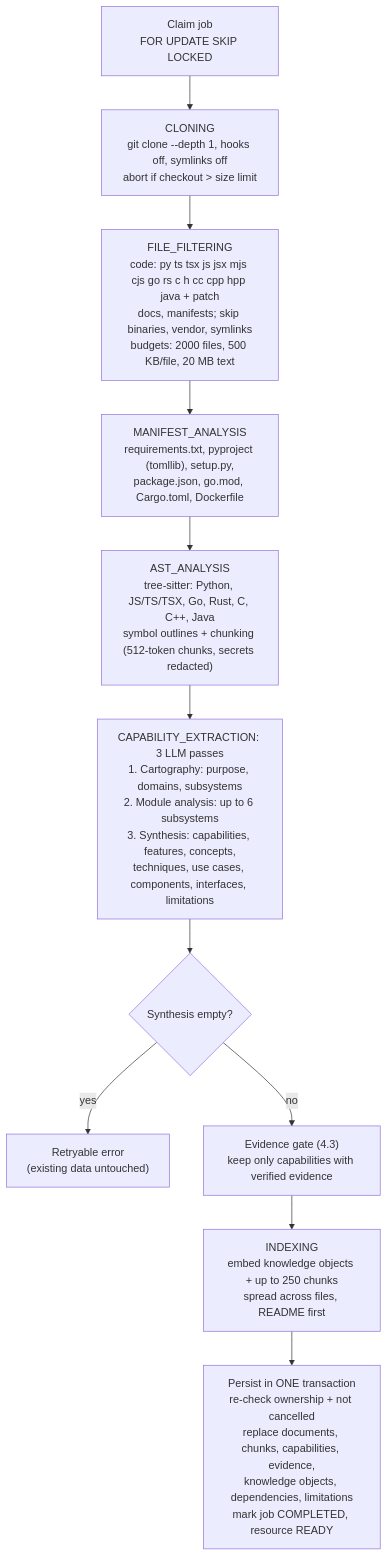
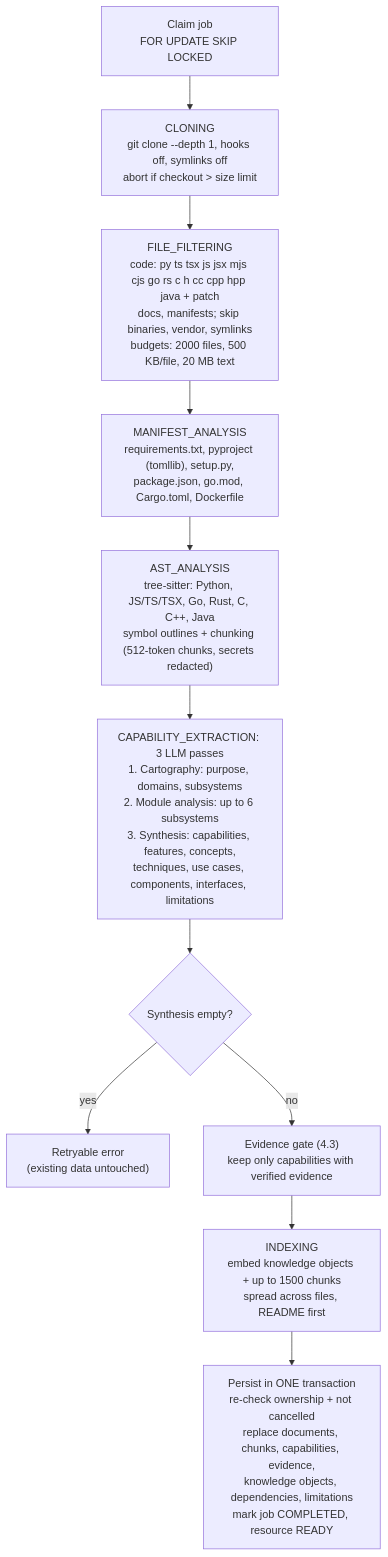
One commit to priteshvirat24/repo-intelligence changed the fifth of 9 diagrams in docs/ARCHITECTURE.md. Above: the diagram before and after it, drawn with Mermaid. The commit also changed other lines of this file and 3 other files, not shown here.

````diff
--- a/docs/ARCHITECTURE.md
+++ b/docs/ARCHITECTURE.md
@@ -182,13 +182,13 @@
 ```mermaid
 flowchart TD
     A["Claim job<br>FOR UPDATE SKIP LOCKED"] --> B["CLONING<br>git clone --depth 1, hooks off, symlinks off<br>abort if checkout > size limit"]
     B --> C["FILE_FILTERING<br>code: py ts tsx js jsx mjs cjs go rs c h cc cpp hpp java + patch<br>docs, manifests; skip binaries, vendor, symlinks<br>budgets: 2000 files, 500 KB/file, 20 MB text"]
     C --> D["MANIFEST_ANALYSIS<br>requirements.txt, pyproject (tomllib), setup.py,<br>package.json, go.mod, Cargo.toml, Dockerfile"]
     D --> E["AST_ANALYSIS<br>tree-sitter: Python, JS/TS/TSX, Go, Rust, C, C++, Java<br>symbol outlines + chunking (512-token chunks, secrets redacted)"]
     E --> F["CAPABILITY_EXTRACTION: 3 LLM passes<br>1. Cartography: purpose, domains, subsystems<br>2. Module analysis: up to 6 subsystems<br>3. Synthesis: capabilities, features, concepts,<br>techniques, use cases, components, interfaces, limitations"]
     F --> G{"Synthesis empty?"}
     G -->|yes| R["Retryable error<br>(existing data untouched)"]
     G -->|no| H["Evidence gate (4.3)<br>keep only capabilities with verified evidence"]
-    H --> I["INDEXING<br>embed knowledge objects + up to 250 chunks<br>spread across files, README first"]
+    H --> I["INDEXING<br>embed knowledge objects + up to 1500 chunks<br>spread across files, README first"]
     I --> J["Persist in ONE transaction<br>re-check ownership + not cancelled<br>replace documents, chunks, capabilities, evidence,<br>knowledge objects, dependencies, limitations<br>mark job COMPLETED, resource READY"]
 ```
````
